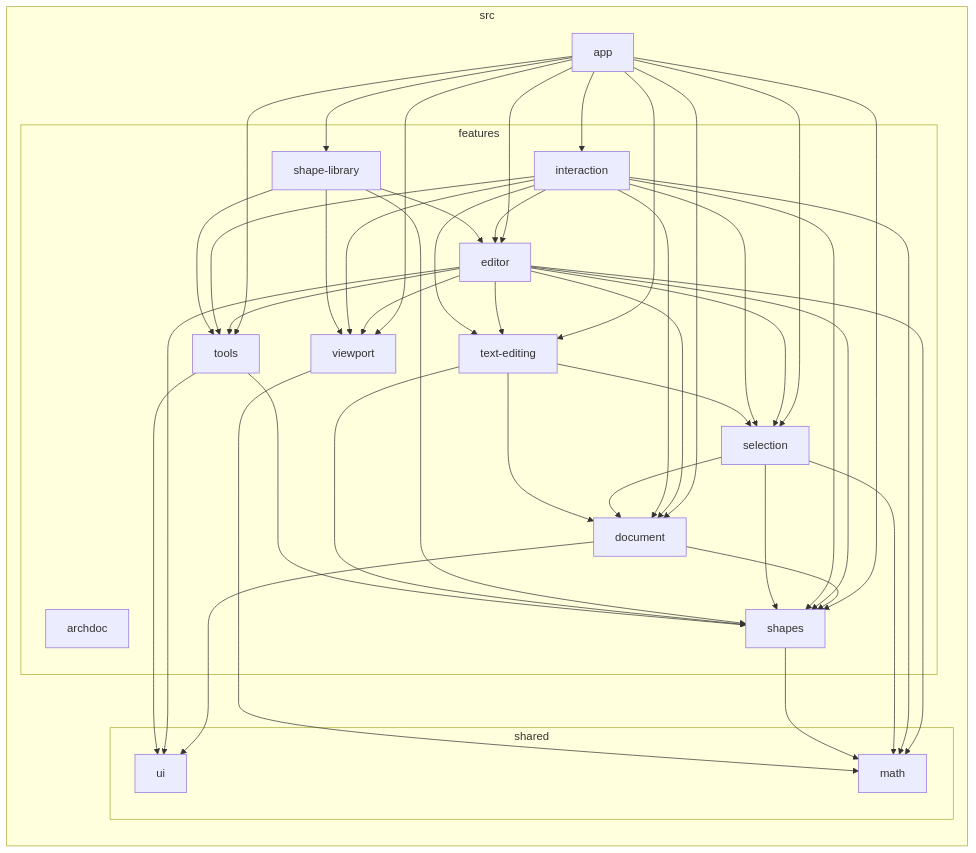
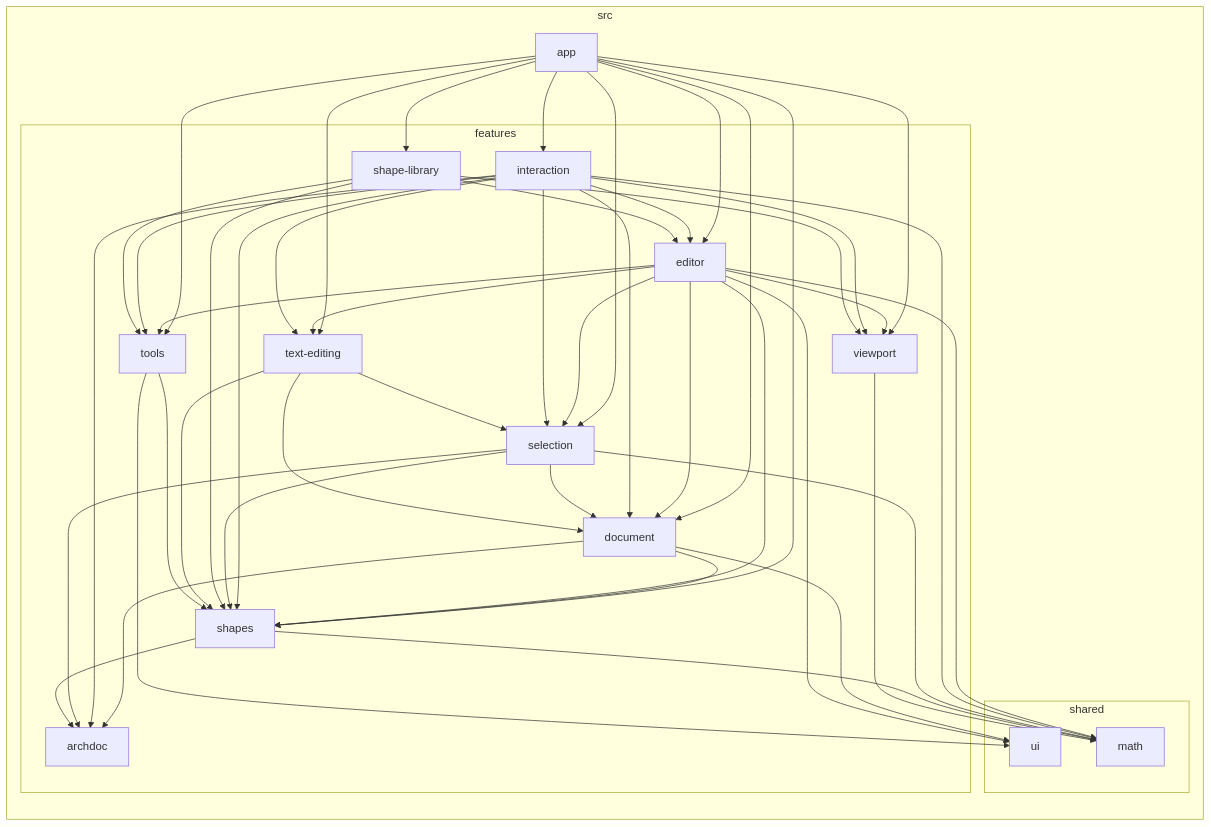
Before and after one commit to Kobe-Vandenberghe/Slate: the first of 2 diagrams in docs/ARCHITECTURE.md, drawn with Mermaid. The commit also changed other lines of this file and 50 other files, not shown here.

Commit message:
feat: diagram model - connections as a separate derived-geometry list, whole-diagram undo (ADR 0009)

````diff
--- a/docs/ARCHITECTURE.md
+++ b/docs/ARCHITECTURE.md
@@ -34,64 +34,68 @@
 ```mermaid
 flowchart LR
 
 subgraph 0["src"]
 1["app"]
 subgraph 2["features"]
 3["archdoc"]
 4["document"]
 5["editor"]
 6["interaction"]
 7["selection"]
 8["shape-library"]
 9["shapes"]
 A["text-editing"]
 B["tools"]
 C["viewport"]
 end
 subgraph D["shared"]
 E["math"]
 F["ui"]
 end
 end
 1-->4
 1-->5
 1-->6
 1-->7
 1-->8
 1-->A
 1-->B
 1-->C
 1-->9
 4-->F
+4-->3
 4-->9
+5-->4
 5-->7
 5-->9
 5-->A
 5-->C
 5-->E
 5-->F
-5-->4
 5-->B
 6-->4
 6-->5
 6-->7
 6-->A
 6-->B
 6-->C
 6-->9
 6-->E
+6-->3
 7-->E
+7-->4
 7-->9
-7-->4
+7-->3
 8-->9
 8-->B
 8-->5
 8-->C
+9-->3
 9-->E
 A-->4
 A-->7
 A-->9
 B-->F
 B-->9
 C-->E
 ```
````
